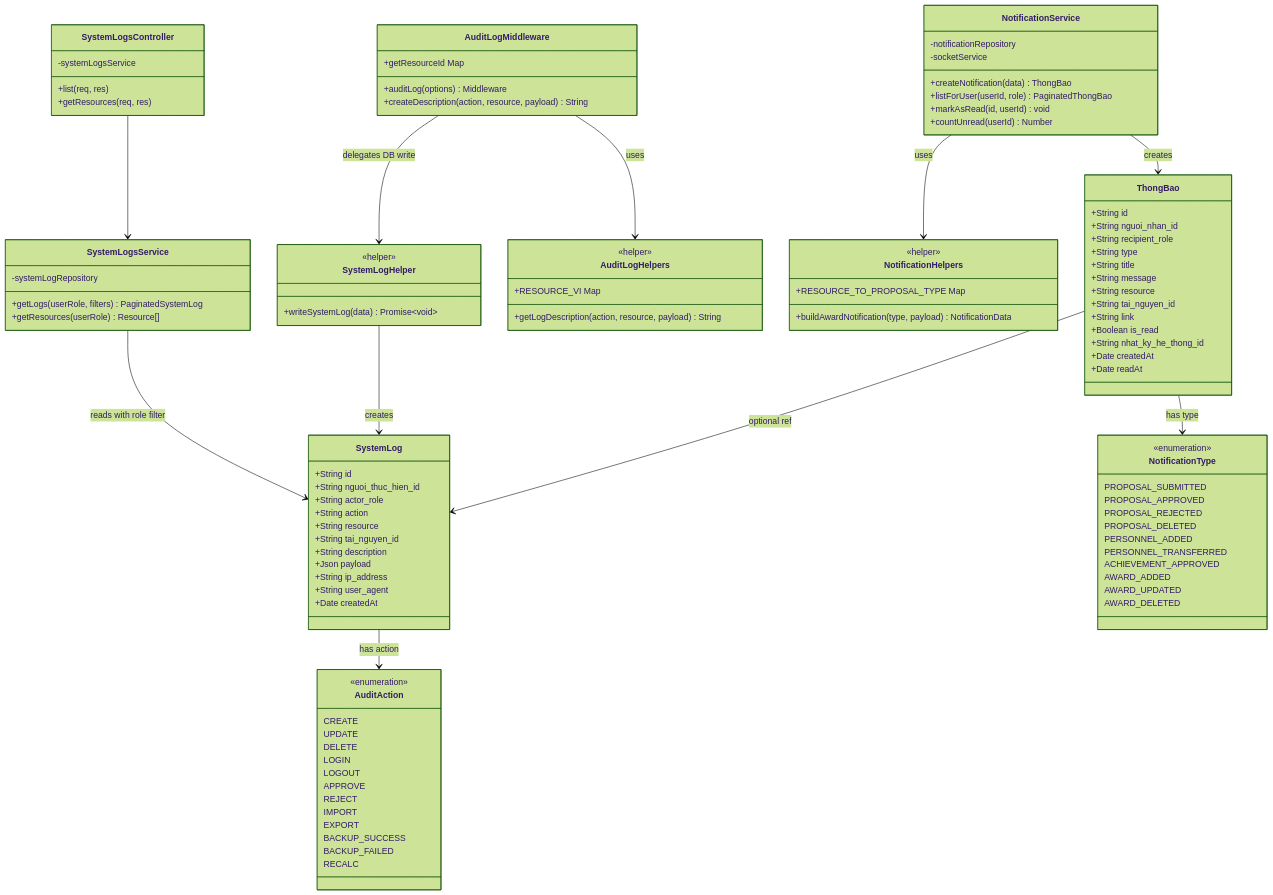
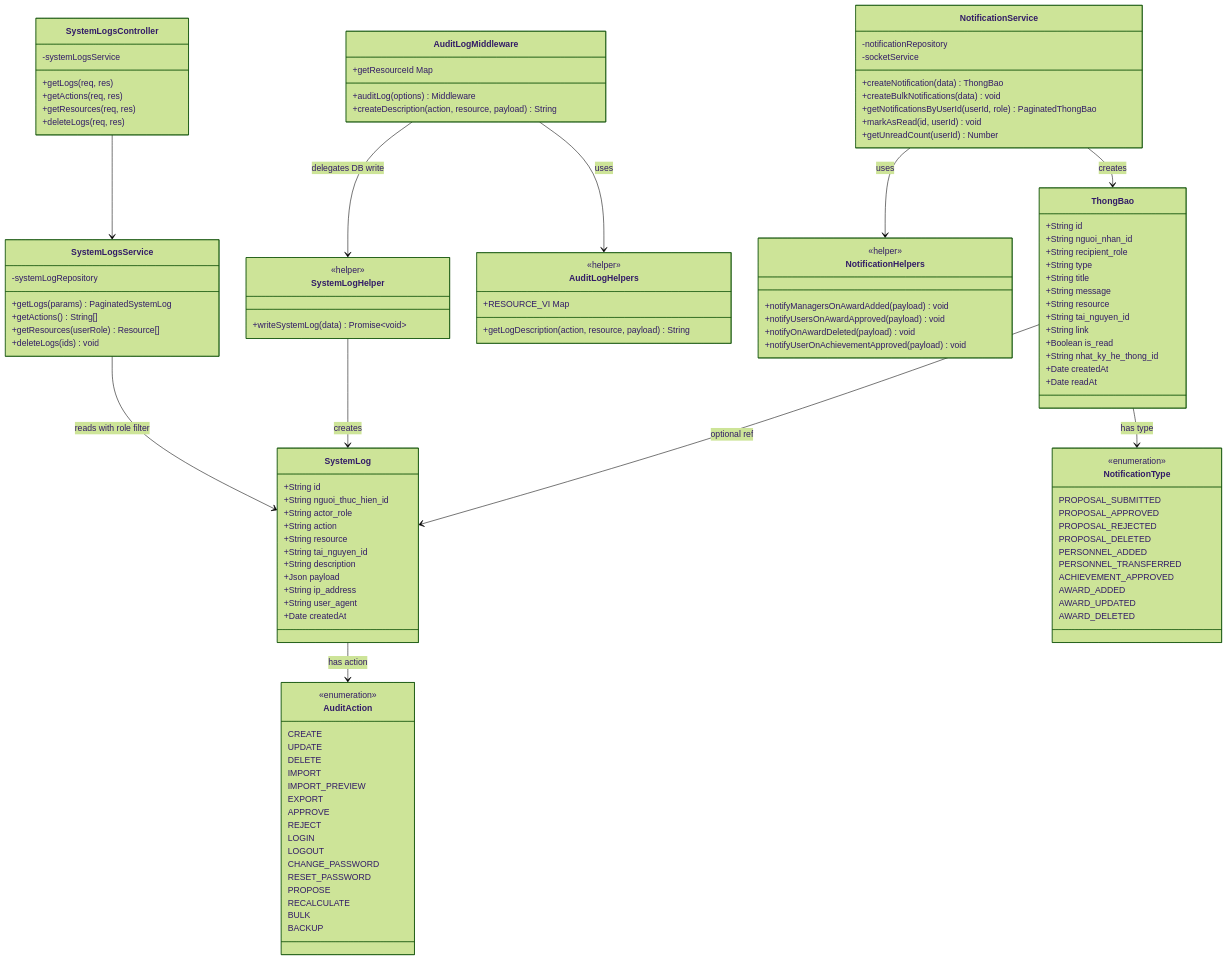
The fifth of 5 diagrams in docs/diagrams/04-class.md (tranducbk/DATN_PM_QLKT), drawn with Mermaid (forest theme) before and after one commit. The commit also changed other lines of this file and 29 other files, not shown here.

First line of the commit message:
Update CLAUDE.md with additional validation rules and introduce new database schema

```diff
--- a/docs/diagrams/04-class.md
+++ b/docs/diagrams/04-class.md
@@ -485,15 +483,19 @@
         CREATE
         UPDATE
         DELETE
+        IMPORT
+        IMPORT_PREVIEW
+        EXPORT
+        APPROVE
+        REJECT
         LOGIN
         LOGOUT
-        APPROVE
-        REJECT
-        IMPORT
-        EXPORT
-        BACKUP_SUCCESS
-        BACKUP_FAILED
-        RECALC
+        CHANGE_PASSWORD
+        RESET_PASSWORD
+        PROPOSE
+        RECALCULATE
+        BULK
+        BACKUP
     }
 
     class NotificationType {
@@ -531,27 +533,34 @@
         -notificationRepository
         -socketService
         +createNotification(data) ThongBao
-        +listForUser(userId, role) PaginatedThongBao
+        +createBulkNotifications(data) void
+        +getNotificationsByUserId(userId, role) PaginatedThongBao
         +markAsRead(id, userId) void
-        +countUnread(userId) Number
+        +getUnreadCount(userId) Number
     }
 
     class NotificationHelpers {
         <<helper>>
-        +buildAwardNotification(type, payload) NotificationData
-        +RESOURCE_TO_PROPOSAL_TYPE Map
+        +notifyManagersOnAwardAdded(payload) void
+        +notifyUsersOnAwardApproved(payload) void
+        +notifyOnAwardDeleted(payload) void
+        +notifyUserOnAchievementApproved(payload) void
     }
 
     class SystemLogsController {
         -systemLogsService
-        +list(req, res)
+        +getLogs(req, res)
+        +getActions(req, res)
         +getResources(req, res)
+        +deleteLogs(req, res)
     }
 
     class SystemLogsService {
         -systemLogRepository
-        +getLogs(userRole, filters) PaginatedSystemLog
+        +getLogs(params) PaginatedSystemLog
+        +getActions() String[]
         +getResources(userRole) Resource[]
+        +deleteLogs(ids) void
     }
 
     SystemLog --> AuditAction : has action
```
